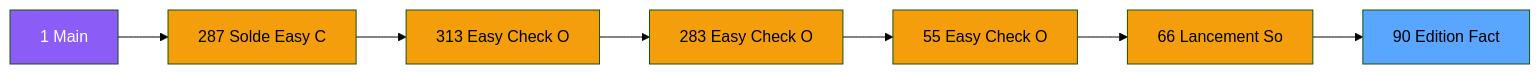
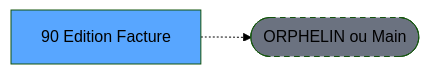
Before and after one commit to thonyAGP/lecteur-magic: the second of 3 diagrams in .openspec/specs/ADH-IDE-90.md, drawn with Mermaid (forest theme). The commit also changed other lines of this file and 701 other files, not shown here.

````diff
--- a/.openspec/specs/ADH-IDE-90.md
+++ b/.openspec/specs/ADH-IDE-90.md
@@ -115,23 +124,8 @@
 ```mermaid
 graph LR
-    M[1 Main]
-    N287[287 Solde Easy C]
-    N313[313 Easy Check O]
-    N283[283 Easy Check O]
-    N55[55 Easy Check O]
-    N66[66 Lancement So]
-    T[90 Edition Fact]
-    M --> N287
-    N287 --> N313
-    N313 --> N283
-    N283 --> N55
-    N55 --> N66
-    N66 --> T
-    style M fill:#8b5cf6,color:#fff
-    style N287 fill:#f59e0b
-    style N313 fill:#f59e0b
-    style N283 fill:#f59e0b
-    style N55 fill:#f59e0b
-    style N66 fill:#f59e0b
+    T[90 Edition Facture]
+    ORPHAN([ORPHELIN ou Main])
+    T -.-> ORPHAN
     style T fill:#58a6ff,color:#000
+    style ORPHAN fill:#6b7280,stroke-dasharray: 5 5
 ```
````
